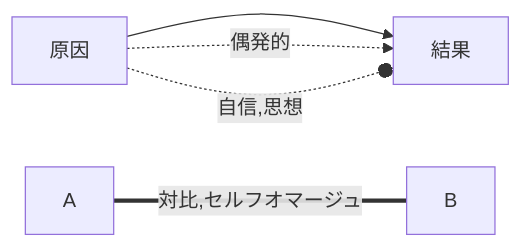
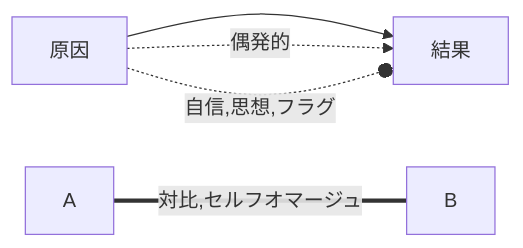
Before and after one commit to elzup/story-plots: the second of 2 diagrams in 進撃の巨人.md, drawn with Mermaid. The commit also changed other lines of this file and 5 other files, not shown here.

````diff
--- a/進撃の巨人.md
+++ b/進撃の巨人.md
@@ -622,7 +645,7 @@
 ```mermaid
 graph LR;
 	原因-->結果
 	原因-.->|偶発的|結果
-	原因-.-o|自信,思想|結果
+	原因-.-o|自信,思想,フラグ|結果
 	A===|対比,セルフオマージュ|B
 ```
````
